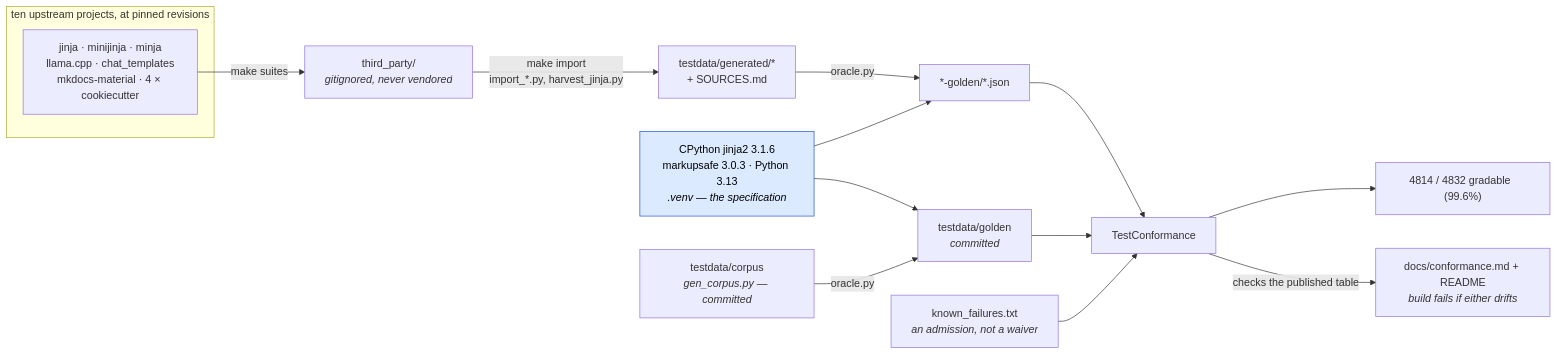
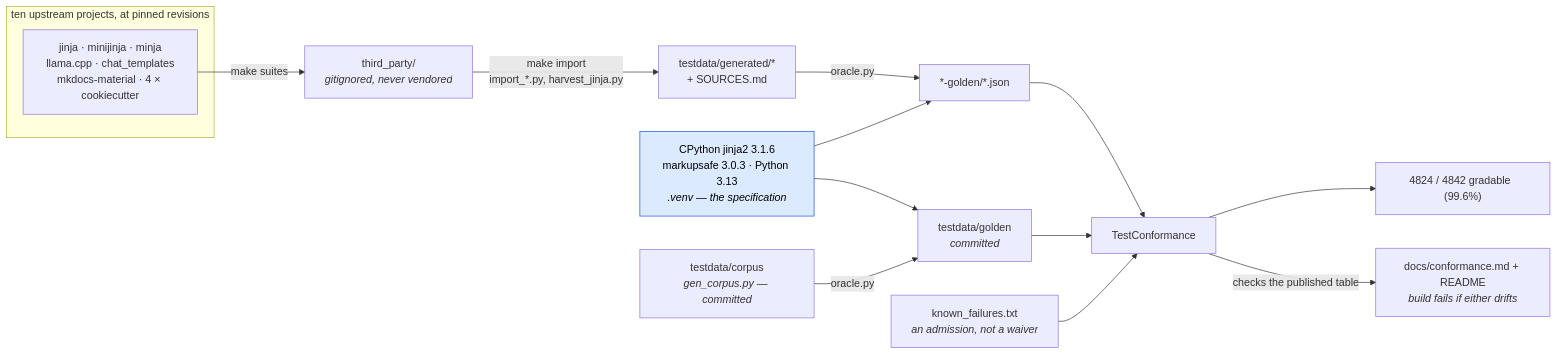
Before and after one commit to mgilbir/gojja2: the first of 2 diagrams in docs/conformance.md, drawn with Mermaid. The commit also changed other lines of this file and 34 other files, not shown here.

````diff
--- a/docs/conformance.md
+++ b/docs/conformance.md
@@ -17,24 +17,24 @@
 ```mermaid
 flowchart LR
     subgraph up["ten upstream projects, at pinned revisions"]
         U1["jinja · minijinja · minja<br/>llama.cpp · chat_templates<br/>mkdocs-material · 4 × cookiecutter"]
     end
     U1 -->|"make suites"| TP["third_party/<br/><i>gitignored, never vendored</i>"]
     TP -->|"make import<br/>import_*.py, harvest_jinja.py"| GEN["testdata/generated/*<br/>+ SOURCES.md"]
 
     ORA["CPython jinja2 3.1.6<br/>markupsafe 3.0.3 · Python 3.13<br/><i>.venv — the specification</i>"]
     GEN -->|"oracle.py"| G2["*-golden/*.json"]
     ORA --> G2
 
     OWN["testdata/corpus<br/><i>gen_corpus.py — committed</i>"] -->|"oracle.py"| G1["testdata/golden<br/><i>committed</i>"]
     ORA --> G1
 
     G1 --> TC["TestConformance"]
     G2 --> TC
     KF["known_failures.txt<br/><i>an admission, not a waiver</i>"] --> TC
-    TC --> RATE["4814 / 4832 gradable  (99.6%)"]
+    TC --> RATE["4824 / 4842 gradable  (99.6%)"]
     TC -->|"checks the published table"| RM["docs/conformance.md + README<br/><i>build fails if either drifts</i>"]
 
     classDef spec fill:#dbeafe,stroke:#1d4ed8,color:#000
     class ORA spec
 ```
````
